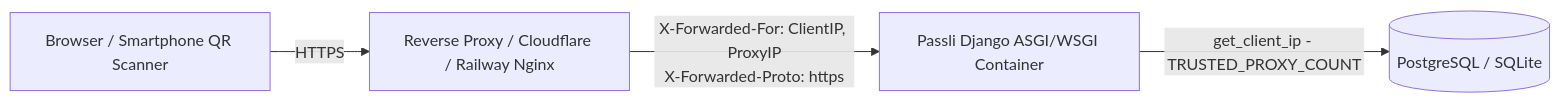
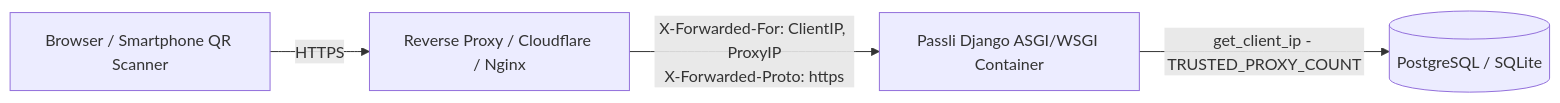
The diagram in docs/ARCHITECTURE.md (alinawazcode/passli), drawn with Mermaid before and after one commit. The commit also changed 31 other files, not shown here.

````diff
--- a/docs/ARCHITECTURE.md
+++ b/docs/ARCHITECTURE.md
@@ -76,11 +76,11 @@
 ```mermaid
 flowchart LR
     Client[Browser / Smartphone QR Scanner]
-    Proxy[Reverse Proxy / Cloudflare / Railway Nginx]
+    Proxy[Reverse Proxy / Cloudflare / Nginx]
     App[Passli Django ASGI/WSGI Container]
     DB[(PostgreSQL / SQLite)]
 
     Client -->|HTTPS| Proxy
     Proxy -->|X-Forwarded-For: ClientIP, ProxyIP<br>X-Forwarded-Proto: https| App
     App -->|get_client_ip - TRUSTED_PROXY_COUNT| DB
 ```
````
